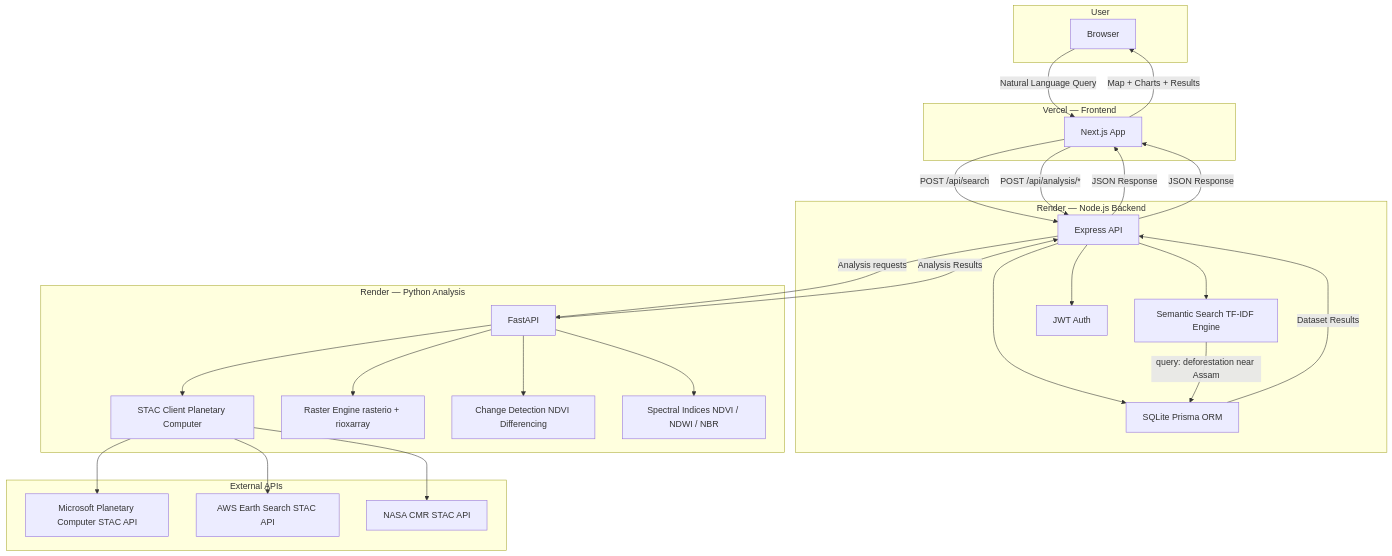
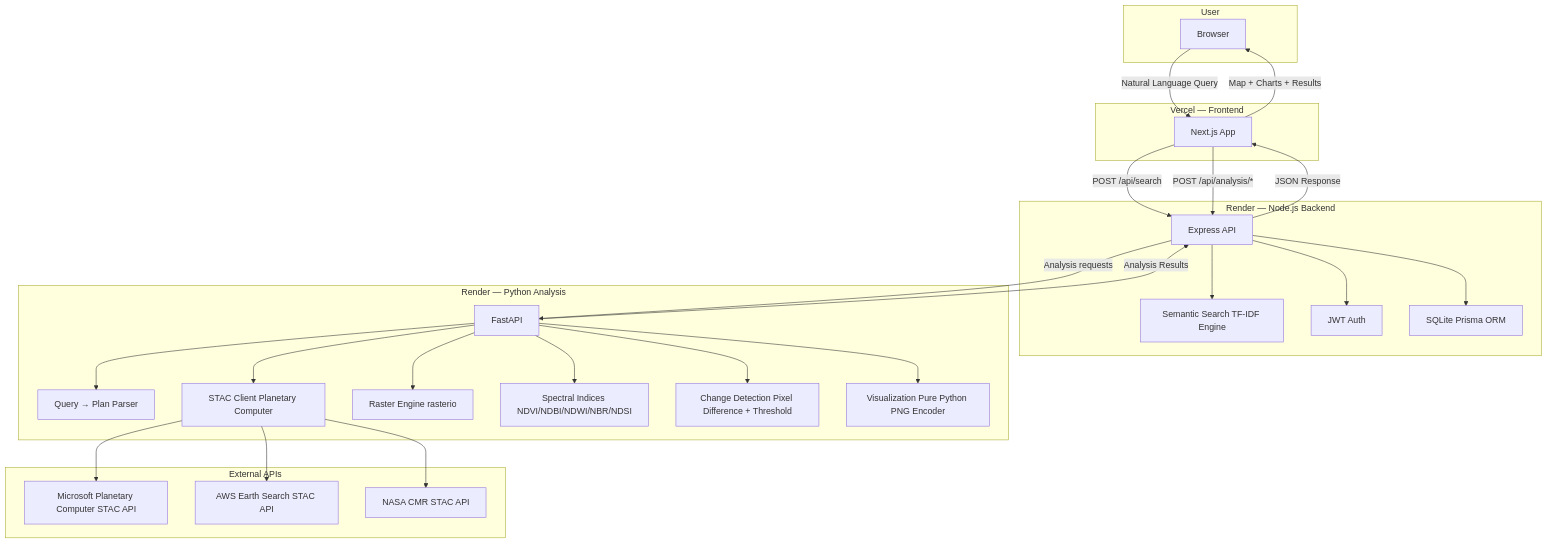
One commit to saatvikraghuvanshi-lab/OrbitalQuery changed the first of 3 diagrams in README.md. Above: the diagram before and after it, drawn with Mermaid. The commit also changed other lines of this file, not shown here.

First line of the commit message:
Update README with analysis pipeline, change detection, and new tools

````diff
--- a/README.md
+++ b/README.md
@@ -498,57 +366,57 @@
 ```mermaid
 graph TB
     subgraph User["User"]
         U[Browser]
     end
 
     subgraph Vercel["Vercel — Frontend"]
         FE["Next.js App"]
     end
 
     subgraph Render_BE["Render — Node.js Backend"]
         API["Express API"]
         SEARCH["Semantic Search TF-IDF Engine"]
         AUTH["JWT Auth"]
         DB["SQLite Prisma ORM"]
     end
 
     subgraph Render_PY["Render — Python Analysis"]
         PY["FastAPI"]
+        PLAN["Query → Plan Parser"]
         STAC["STAC Client Planetary Computer"]
-        RASTER["Raster Engine rasterio + rioxarray"]
-        CHANGE["Change Detection NDVI Differencing"]
-        SPECTRAL["Spectral Indices NDVI / NDWI / NBR"]
+        RASTER["Raster Engine rasterio"]
+        SPECTRAL["Spectral Indices NDVI/NDBI/NDWI/NBR/NDSI"]
+        CHANGE["Change Detection Pixel Difference + Threshold"]
+        VIZ["Visualization Pure Python PNG Encoder"]
     end
 
     subgraph External["External APIs"]
         PC["Microsoft Planetary Computer STAC API"]
         AWS["AWS Earth Search STAC API"]
         NASA["NASA CMR STAC API"]
     end
 
     U -->|"Natural Language Query"| FE
     FE -->|"POST /api/search"| API
     FE -->|"POST /api/analysis/*"| API
 
     API --> SEARCH
     API --> AUTH
     API --> DB
 
-    SEARCH -->|"query: deforestation near Assam"| DB
-    DB -->|"Dataset Results"| API
-    API -->|"JSON Response"| FE
-
     API -->|"Analysis requests"| PY
+    PY --> PLAN
     PY --> STAC
     PY --> RASTER
+    PY --> SPECTRAL
     PY --> CHANGE
-    PY --> SPECTRAL
+    PY --> VIZ
 
     STAC --> PC
     STAC --> AWS
     STAC --> NASA
 
     PY -->|"Analysis Results"| API
     API -->|"JSON Response"| FE
     FE -->|"Map + Charts + Results"| U
 ```
````
